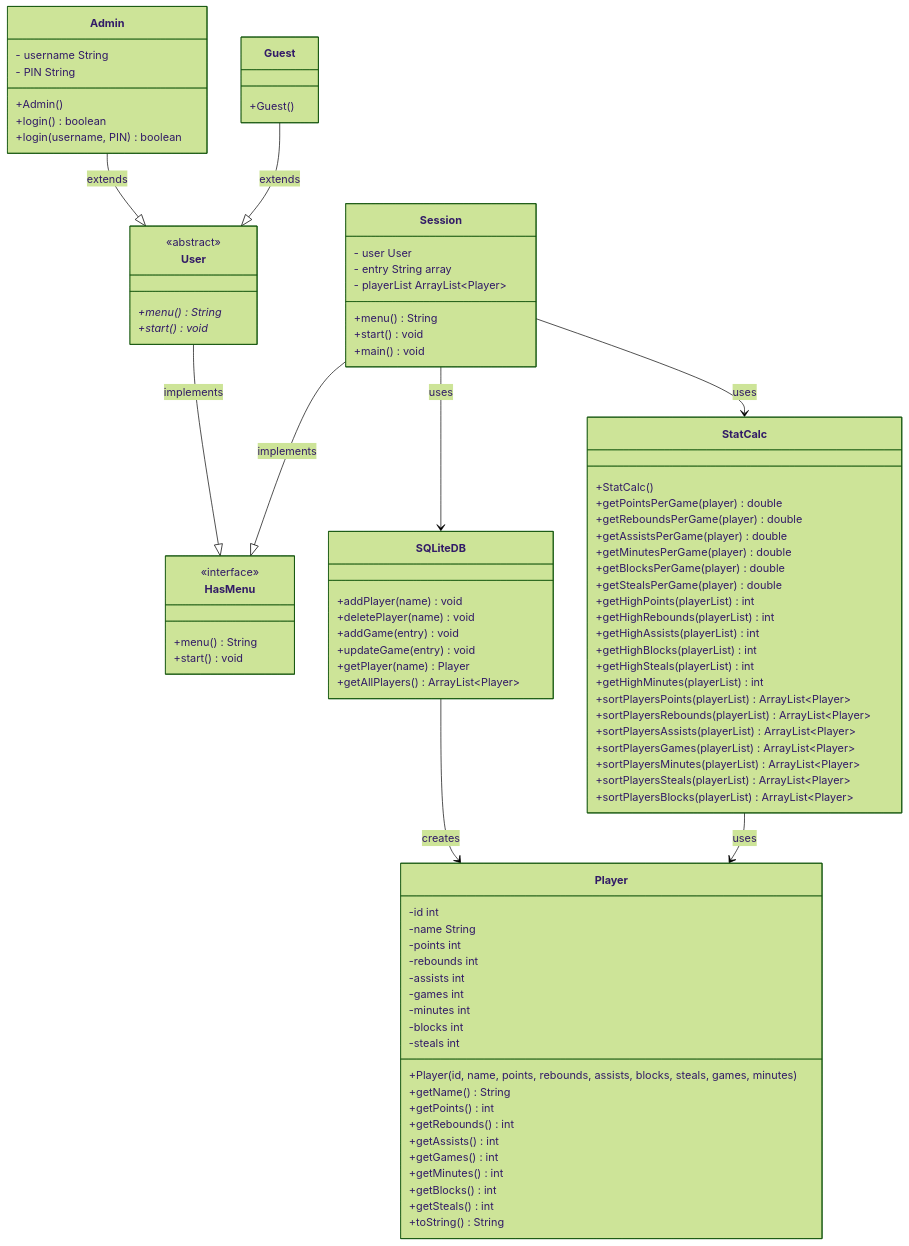
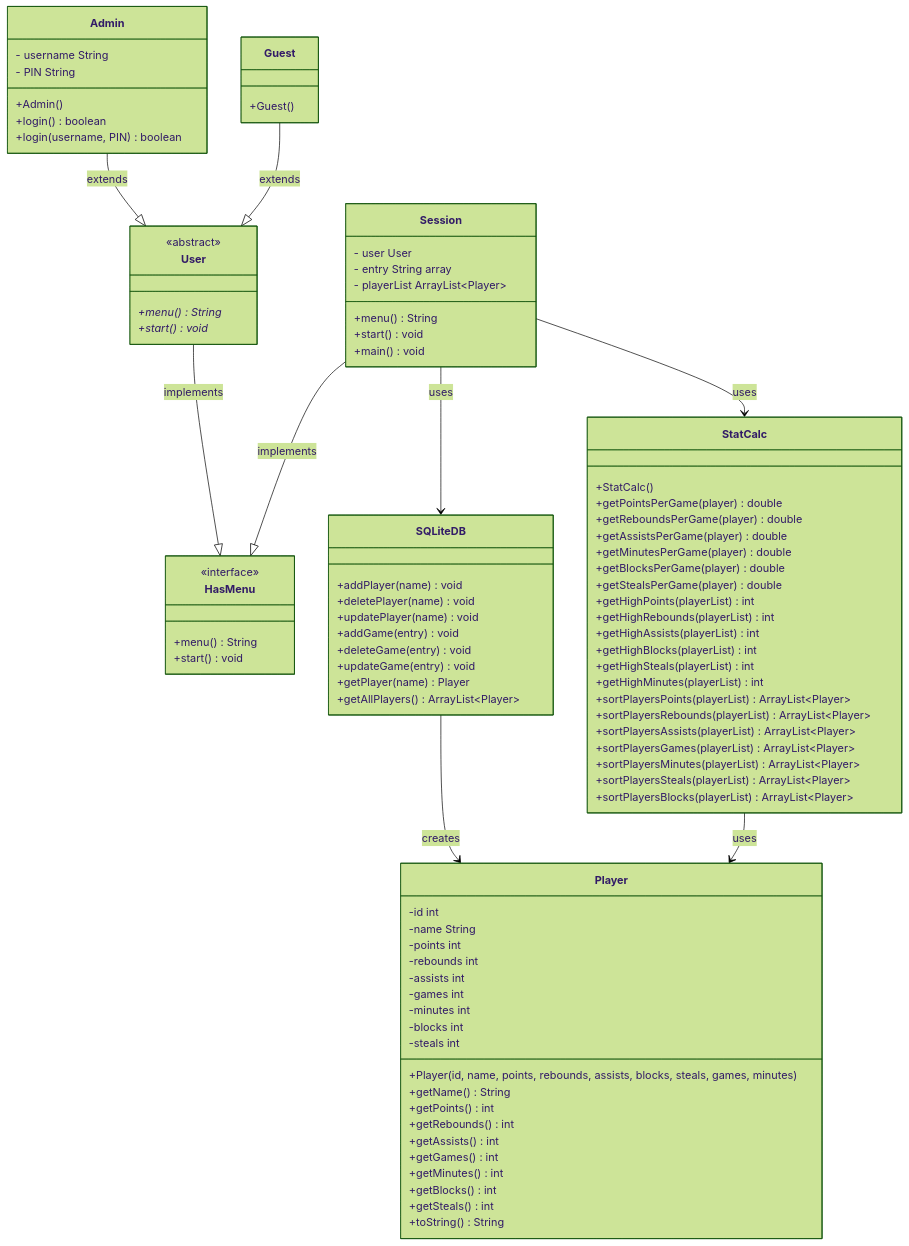
Before and after one commit to tommym-r/cs121finalProject: the diagram in README.md, drawn with Mermaid (forest theme).

```diff
--- a/README.md
+++ b/README.md
@@ -14,7 +14,9 @@
 class SQLiteDB{
     +addPlayer(name) void
     +deletePlayer(name) void
+    +updatePlayer(name) void
     +addGame(entry) void
+    +deleteGame(entry) void
     +updateGame(entry) void
     +getPlayer(name) Player
     +getAllPlayers() ArrayList~Player~ 
```
